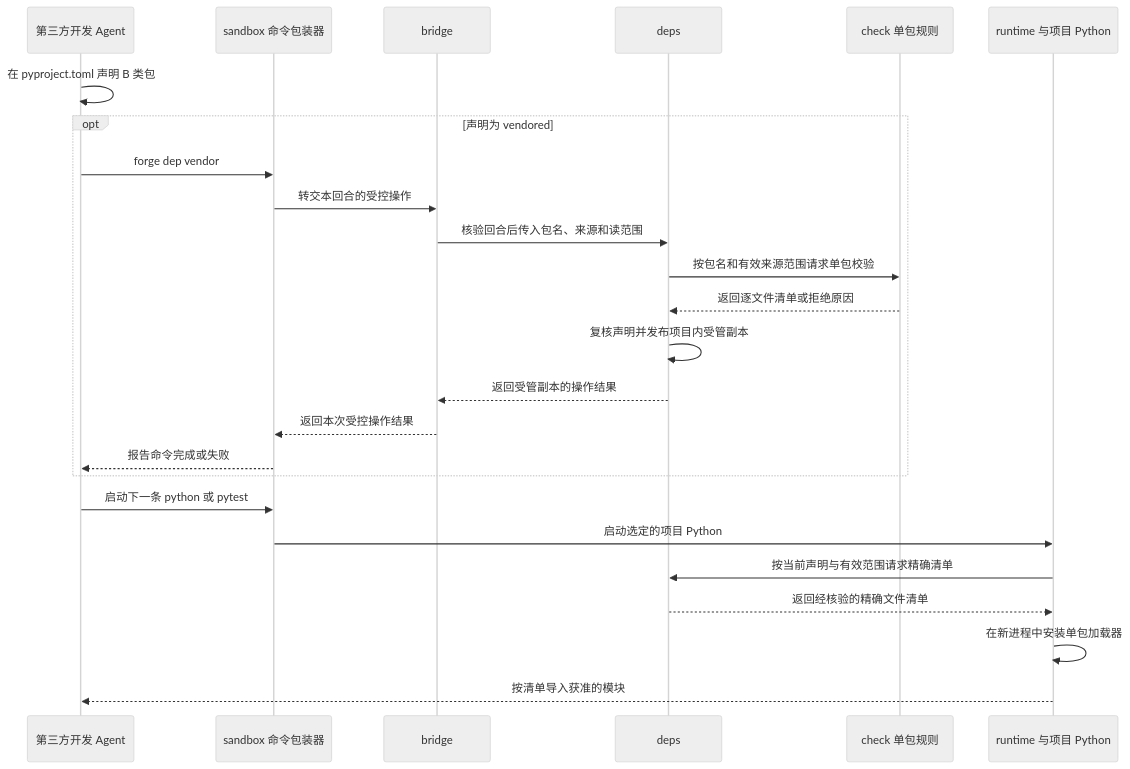
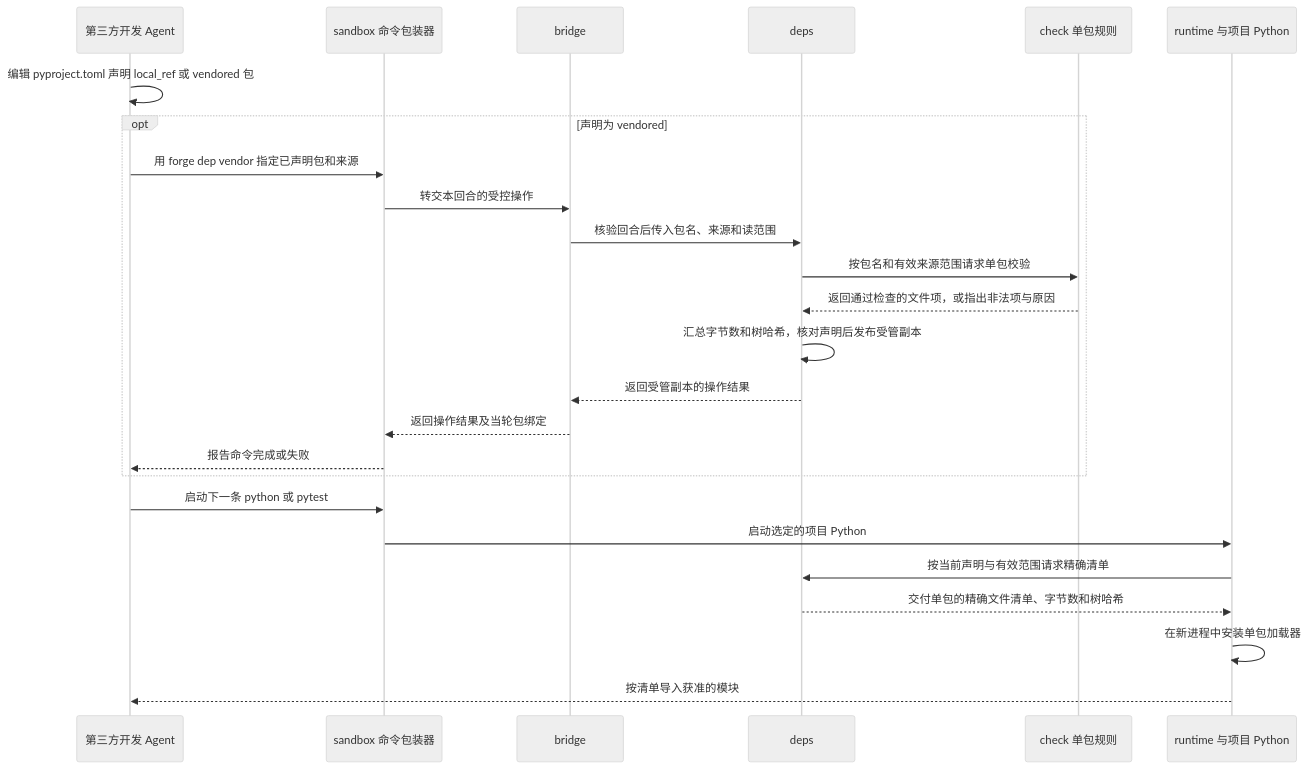
One commit to vincent9299/demiflow changed the fourth of 14 diagrams in docs/demiflow-architecture.md. Above: the diagram before and after it, drawn with Mermaid (neutral theme). The commit also changed other lines of this file, not shown here.

Commit message:
Put inter-module contracts on sequence diagram messages

````diff
--- a/docs/demiflow-architecture.md
+++ b/docs/demiflow-architecture.md
@@ -161,27 +160,27 @@
 ```mermaid
 sequenceDiagram
     participant A as 第三方开发 Agent
     participant S as sandbox 命令包装器
     participant B as bridge
     participant D as deps
     participant C as check 单包规则
     participant R as runtime 与项目 Python
-    A->>A: 在 pyproject.toml 声明 B 类包
+    A->>A: 编辑 pyproject.toml 声明 local_ref 或 vendored 包
     opt 声明为 vendored
-        A->>S: forge dep vendor
+        A->>S: 用 forge dep vendor 指定已声明包和来源
         S->>B: 转交本回合的受控操作
         B->>D: 核验回合后传入包名、来源和读范围
         D->>C: 按包名和有效来源范围请求单包校验
-        C-->>D: 返回逐文件清单或拒绝原因
-        D->>D: 复核声明并发布项目内受管副本
+        C-->>D: 返回通过检查的文件项，或指出非法项与原因
+        D->>D: 汇总字节数和树哈希，核对声明后发布受管副本
         D-->>B: 返回受管副本的操作结果
-        B-->>S: 返回本次受控操作结果
+        B-->>S: 返回操作结果及当轮包绑定
         S-->>A: 报告命令完成或失败
     end
     A->>S: 启动下一条 python 或 pytest
     S->>R: 启动选定的项目 Python
     R->>D: 按当前声明与有效范围请求精确清单
-    D-->>R: 返回经核验的精确文件清单
+    D-->>R: 交付单包的精确文件清单、字节数和树哈希
     R->>R: 在新进程中安装单包加载器
     R-->>A: 按清单导入获准的模块
 ```
````
